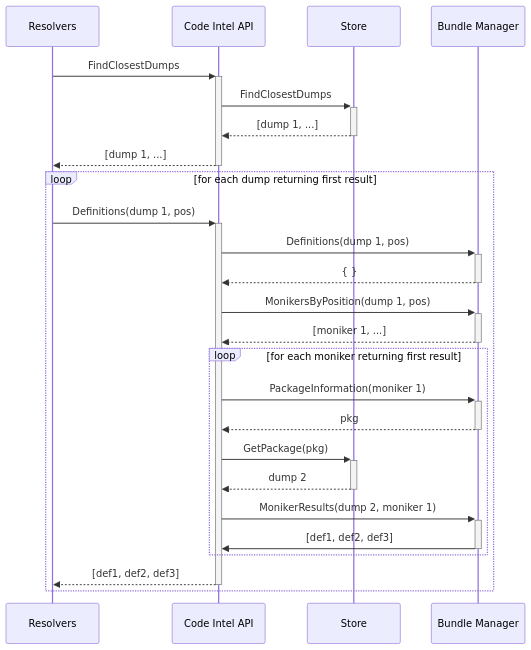
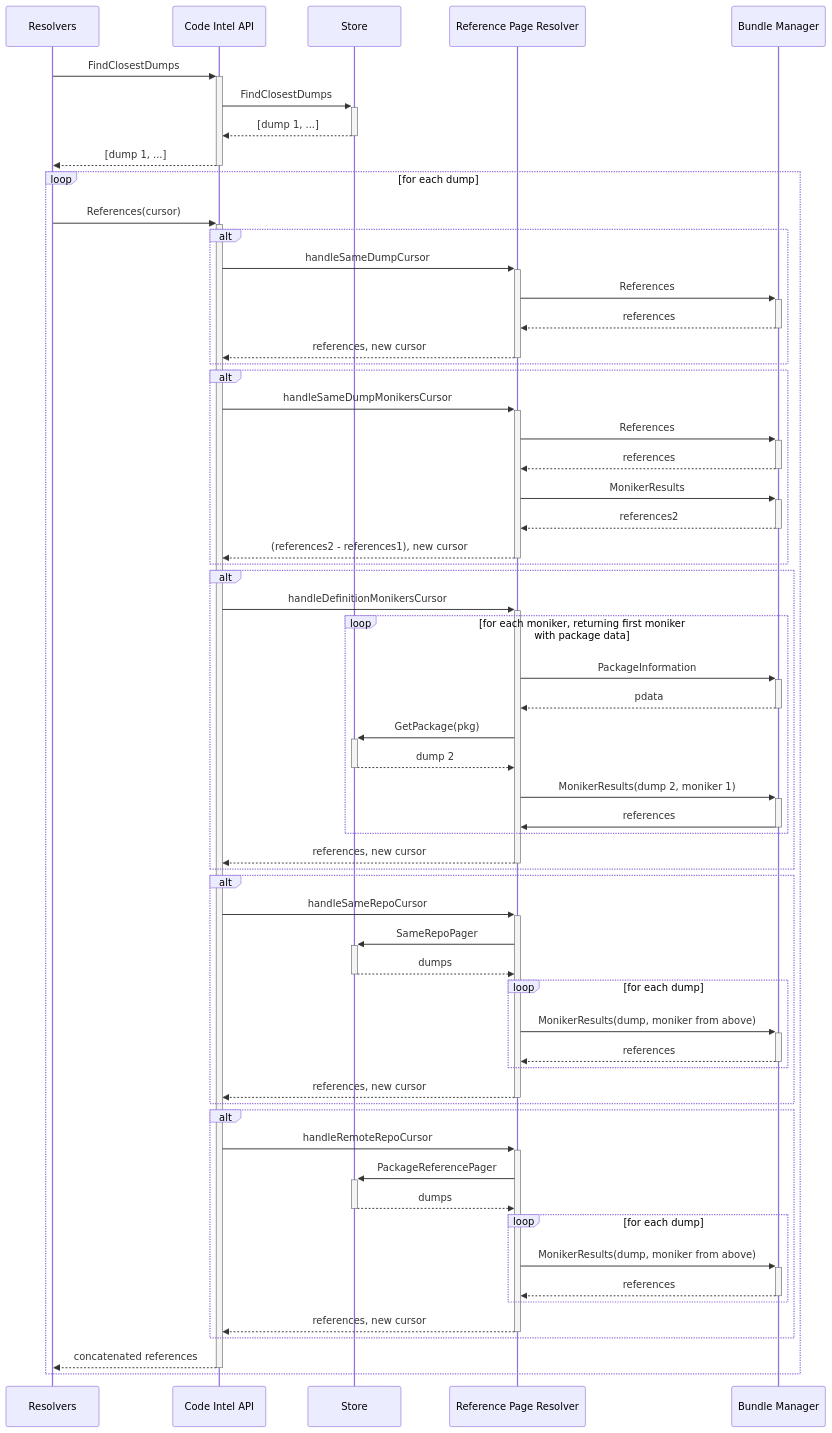
Before and after one commit to Mistobaan/sourcegraph: the diagram in doc/dev/codeintel/references.mermaid, drawn with Mermaid. The commit also changed 6 other files, not shown here.

Commit message:
Update first draft of resolver/api sequence diagrams.

```diff
--- a/doc/dev/codeintel/references.mermaid
+++ b/doc/dev/codeintel/references.mermaid
@@ -1,24 +1,62 @@
 sequenceDiagram
     Resolvers       ->>+ Code Intel API: FindClosestDumps
     Code Intel API  ->>+ Store: FindClosestDumps
     Store          -->>- Code Intel API: [dump 1, ...]
     Code Intel API -->>- Resolvers: [dump 1, ...]
 
-    loop for each dump returning first result
-        Resolvers       ->>+ Code Intel API: Definitions(dump 1, pos)
-        Code Intel API  ->>+ Bundle Manager: Definitions(dump 1, pos)
-        Bundle Manager -->>- Code Intel API: { }
-        Code Intel API  ->>+ Bundle Manager: MonikersByPosition(dump 1, pos)
-        Bundle Manager -->>- Code Intel API: [moniker 1, ...]
+    loop for each dump
+        Resolvers ->>+ Code Intel API: References(cursor)
 
-        loop for each moniker returning first result
-            Code Intel API  ->>+ Bundle Manager: PackageInformation(moniker 1)
-            Bundle Manager -->>- Code Intel API: pkg
-            Code Intel API  ->>+ Store: GetPackage(pkg)
-            Store          -->>- Code Intel API: dump 2
-            Code Intel API  ->>+ Bundle Manager: MonikerResults(dump 2, moniker 1)
-            Bundle Manager  ->>- Code Intel API: [def1, def2, def3]
+        alt
+            Code Intel API           ->>+ Reference Page Resolver: handleSameDumpCursor
+            Reference Page Resolver  ->>+ Bundle Manager: References
+            Bundle Manager          -->>- Reference Page Resolver: references
+            Reference Page Resolver -->>- Code Intel API: references, new cursor
         end
 
-        Code Intel API -->>- Resolvers: [def1, def2, def3]
+        alt
+            Code Intel API           ->>+ Reference Page Resolver: handleSameDumpMonikersCursor
+            Reference Page Resolver  ->>+ Bundle Manager: References
+            Bundle Manager          -->>- Reference Page Resolver: references
+            Reference Page Resolver  ->>+ Bundle Manager: MonikerResults
+            Bundle Manager          -->>- Reference Page Resolver: references2
+            Reference Page Resolver -->>- Code Intel API: (references2 - references1), new cursor
+        end
+
+        alt
+            Code Intel API ->>+ Reference Page Resolver: handleDefinitionMonikersCursor
+            loop for each moniker, returning first moniker with package data
+                Reference Page Resolver ->>+ Bundle Manager: PackageInformation
+                Bundle Manager         -->>- Reference Page Resolver: pdata
+                Reference Page Resolver ->>+ Store: GetPackage(pkg)
+                Store                  -->>- Reference Page Resolver: dump 2
+                Reference Page Resolver ->>+ Bundle Manager: MonikerResults(dump 2, moniker 1)
+                Bundle Manager          ->>- Reference Page Resolver: references
+            end
+            Reference Page Resolver -->>- Code Intel API: references, new cursor
+        end
+
+        alt
+            Code Intel API          ->>+ Reference Page Resolver: handleSameRepoCursor
+            Reference Page Resolver ->>+ Store: SameRepoPager
+            Store                  -->>- Reference Page Resolver: dumps
+            loop for each dump
+                Reference Page Resolver ->>+ Bundle Manager: MonikerResults(dump, moniker from above)
+                Bundle Manager         -->>- Reference Page Resolver: references
+            end
+            Reference Page Resolver -->>- Code Intel API: references, new cursor
+        end
+
+        alt
+            Code Intel API          ->>+ Reference Page Resolver: handleRemoteRepoCursor
+            Reference Page Resolver ->>+ Store: PackageReferencePager
+            Store                  -->>- Reference Page Resolver: dumps
+            loop for each dump
+                Reference Page Resolver ->>+ Bundle Manager: MonikerResults(dump, moniker from above)
+                Bundle Manager         -->>- Reference Page Resolver: references
+            end
+            Reference Page Resolver -->>- Code Intel API: references, new cursor
+        end
+
+        Code Intel API -->>- Resolvers: concatenated references
     end
```
